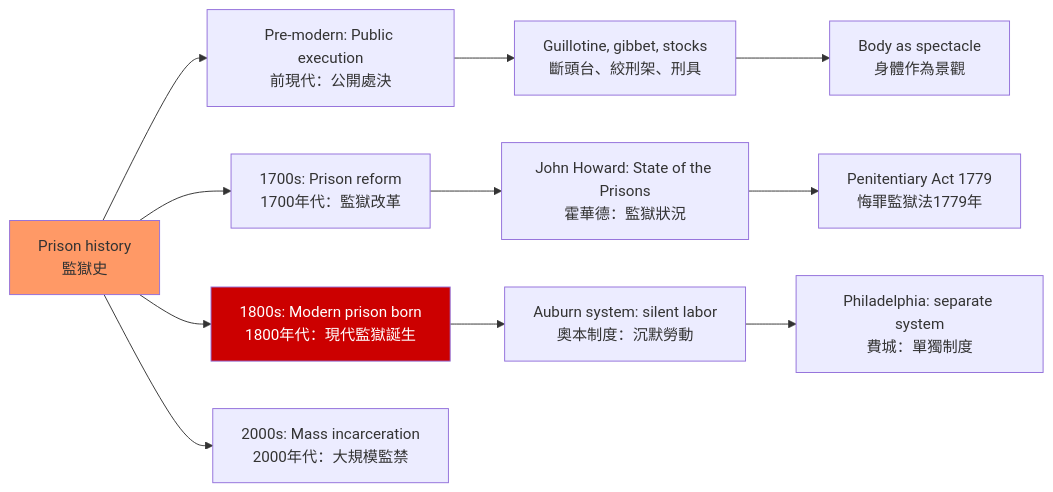
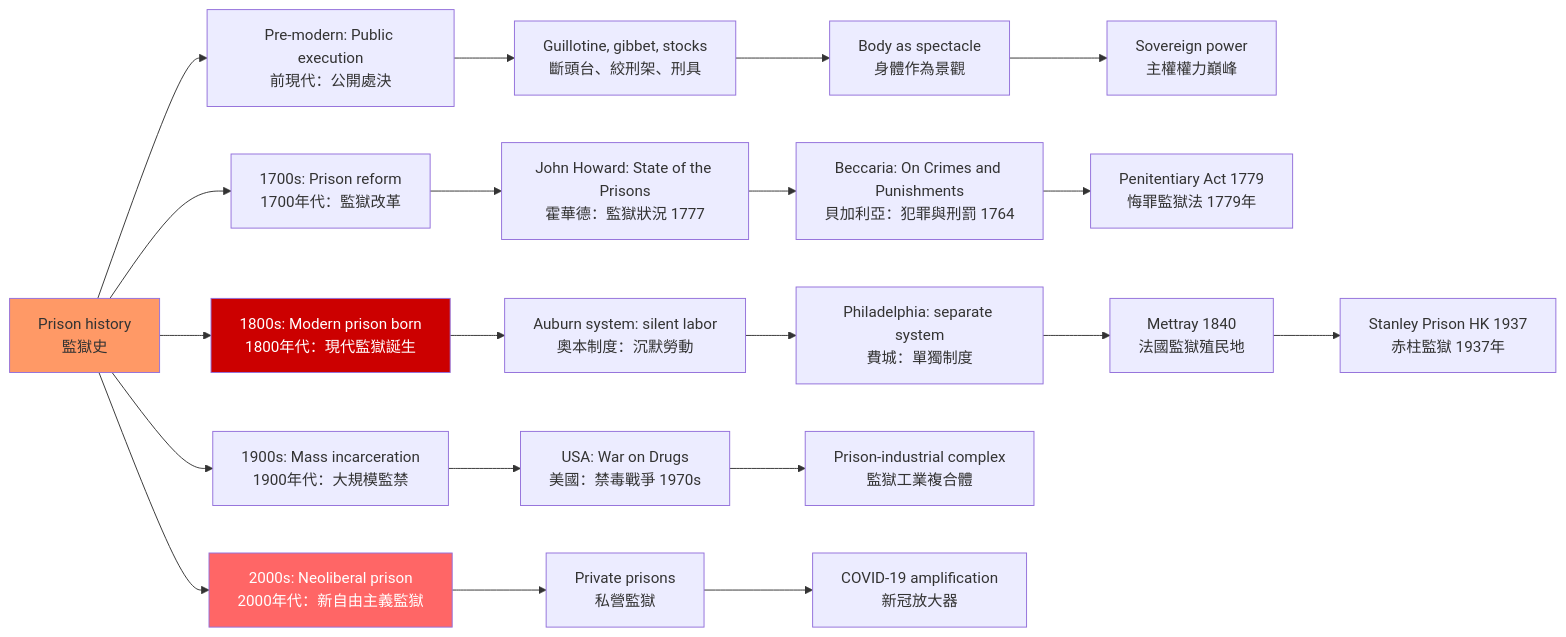
One commit to yip-lgtm/HKU-Harvard-History-Self-Study changed the first of 5 diagrams in 01_HKU_Courses/HIST2225_Global_History_of_Prisons.md. Above: the diagram before and after it, drawn with Mermaid. The commit also changed other lines of this file and 22 other files, not shown here.

````diff
--- a/01_HKU_Courses/HIST2225_Global_History_of_Prisons.md
+++ b/01_HKU_Courses/HIST2225_Global_History_of_Prisons.md
@@ -68,19 +153,31 @@
 ```mermaid
 graph LR
     A[Prison history<br/>監獄史] --> B[Pre-modern: Public execution<br/>前現代：公開處決]
     A --> C[1700s: Prison reform<br/>1700年代：監獄改革]
     A --> D[1800s: Modern prison born<br/>1800年代：現代監獄誕生]
-    A --> E[2000s: Mass incarceration<br/>2000年代：大規模監禁]
+    A --> E[1900s: Mass incarceration<br/>1900年代：大規模監禁]
+    A --> F[2000s: Neoliberal prison<br/>2000年代：新自由主義監獄]
     
     B --> B1[Guillotine, gibbet, stocks<br/>斷頭台、絞刑架、刑具]
     B1 --> B2[Body as spectacle<br/>身體作為景觀]
+    B2 --> B3[Sovereign power<br/>主權權力巔峰]
     
-    C --> C1[John Howard: State of the Prisons<br/>霍華德：監獄狀況]
-    C1 --> C2[Penitentiary Act 1779<br/>悔罪監獄法1779年]
+    C --> C1[John Howard: State of the Prisons<br/>霍華德：監獄狀況 1777]
+    C1 --> C2[Beccaria: On Crimes and Punishments<br/>貝加利亞：犯罪與刑罰 1764]
+    C2 --> C3[Penitentiary Act 1779<br/>悔罪監獄法 1779年]
     
     D --> D1[Auburn system: silent labor<br/>奧本制度：沉默勞動]
     D1 --> D2[Philadelphia: separate system<br/>費城：單獨制度]
+    D2 --> D3[Mettray 1840<br/>法國監獄殖民地]
+    D3 --> D4[Stanley Prison HK 1937<br/>赤柱監獄 1937年]
+    
+    E --> E1[USA: War on Drugs<br/>美國：禁毒戰爭 1970s]
+    E1 --> E2[Prison-industrial complex<br/>監獄工業複合體]
+    
+    F --> F1[Private prisons<br/>私營監獄]
+    F1 --> F2[COVID-19 amplification<br/>新冠放大器]
     
     style A fill:#f96
     style D fill:#c00,color:#fff
+    style F fill:#f66,color:#fff
 ```
````
